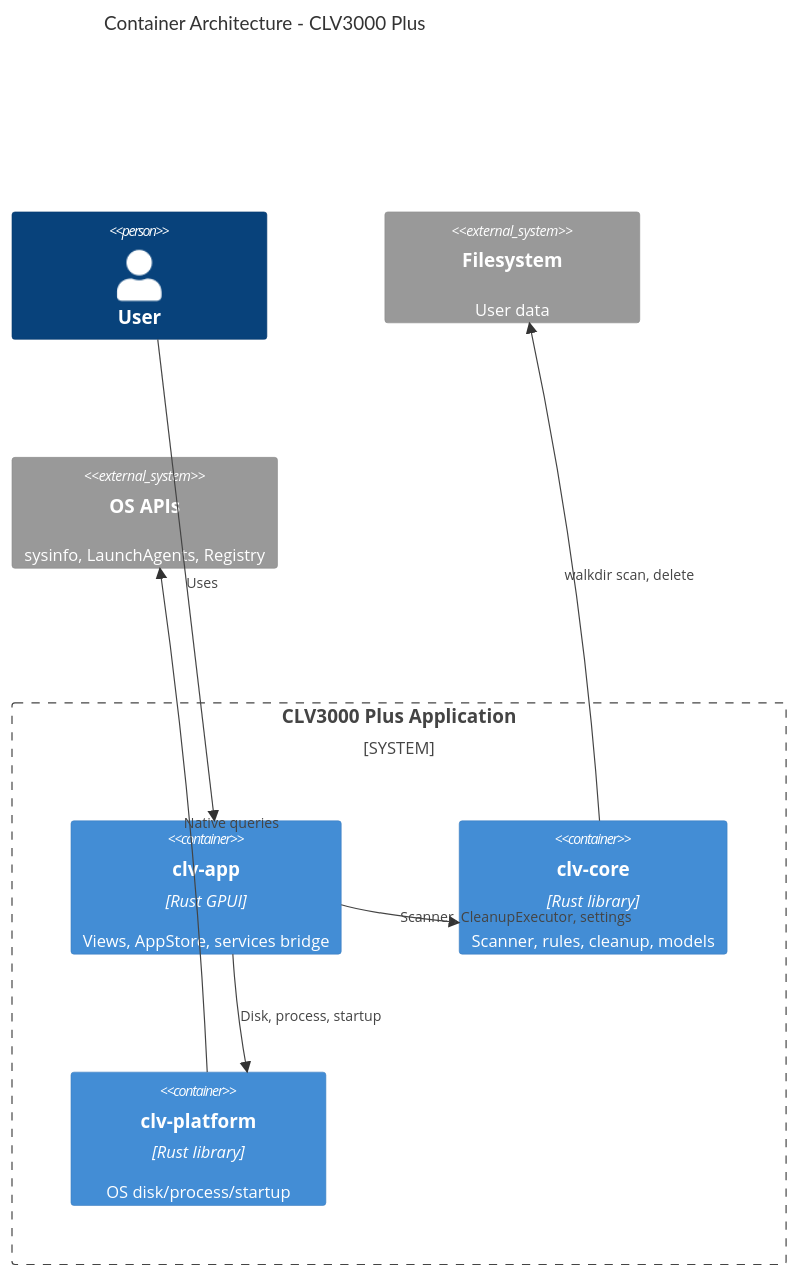
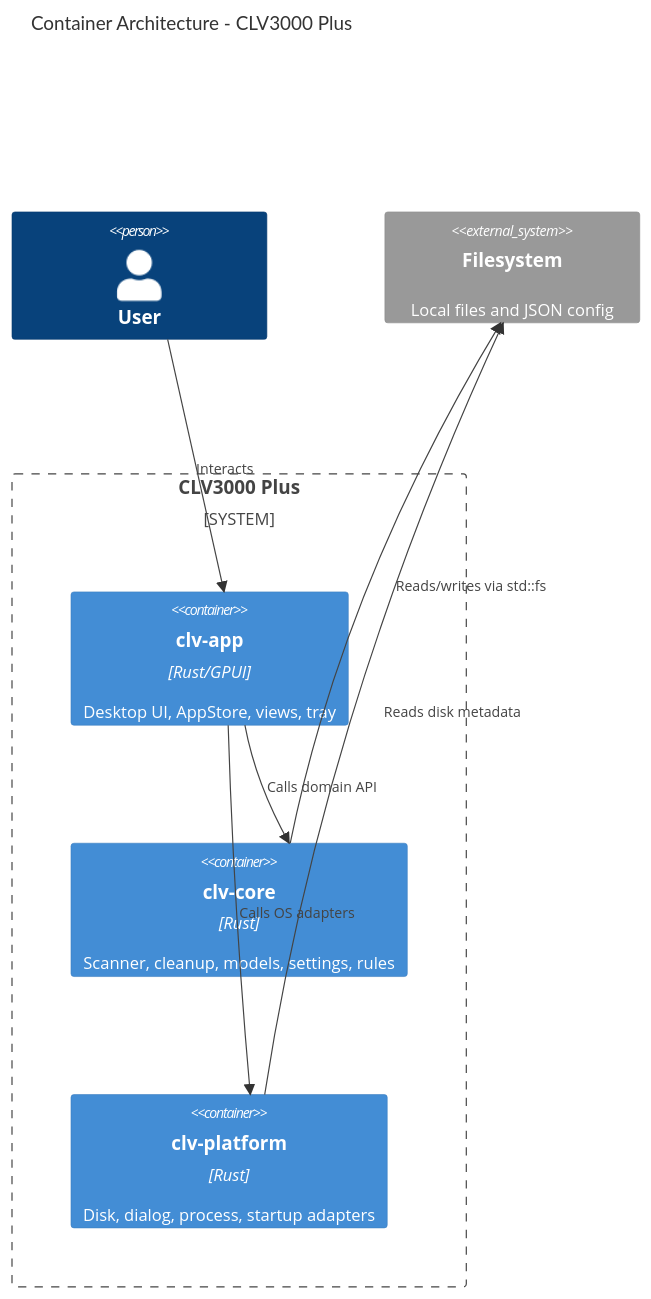
The second of 6 diagrams in .terrain/human/2.Architecture.md (sopaco/CLV3000-Plus), drawn with Mermaid before and after one commit. The commit also changed other lines of this file and 55 other files, not shown here.

````diff
--- a/.terrain/human/2.Architecture.md
+++ b/.terrain/human/2.Architecture.md
@@ -73,21 +72,20 @@
 ```mermaid
 C4Container
     title Container Architecture - CLV3000 Plus
 
     Person(user, "User")
 
-    System_Boundary(clvapp, "CLV3000 Plus Application") {
-        Container(ui, "clv-app", "Rust GPUI", "Views, AppStore, services bridge")
-        Container(core, "clv-core", "Rust library", "Scanner, rules, cleanup, models")
-        Container(platform, "clv-platform", "Rust library", "OS disk/process/startup")
+    System_Boundary(clvBoundary, "CLV3000 Plus") {
+        Container(app, "clv-app", "Rust/GPUI", "Desktop UI, AppStore, views, tray")
+        Container(core, "clv-core", "Rust", "Scanner, cleanup, models, settings, rules")
+        Container(platform, "clv-platform", "Rust", "Disk, dialog, process, startup adapters")
     }
 
-    System_Ext(fs, "Filesystem", "User data")
-    System_Ext(osapi, "OS APIs", "sysinfo, LaunchAgents, Registry")
+    System_Ext(fs, "Filesystem", "Local files and JSON config")
 
-    Rel(user, ui, "Uses")
-    Rel(ui, core, "Scanner, CleanupExecutor, settings")
-    Rel(ui, platform, "Disk, process, startup")
-    Rel(core, fs, "walkdir scan, delete")
-    Rel(platform, osapi, "Native queries")
+    Rel(user, app, "Interacts")
+    Rel(app, core, "Calls domain API")
+    Rel(app, platform, "Calls OS adapters")
+    Rel(core, fs, "Reads/writes via std::fs")
+    Rel(platform, fs, "Reads disk metadata")
 ```
````
